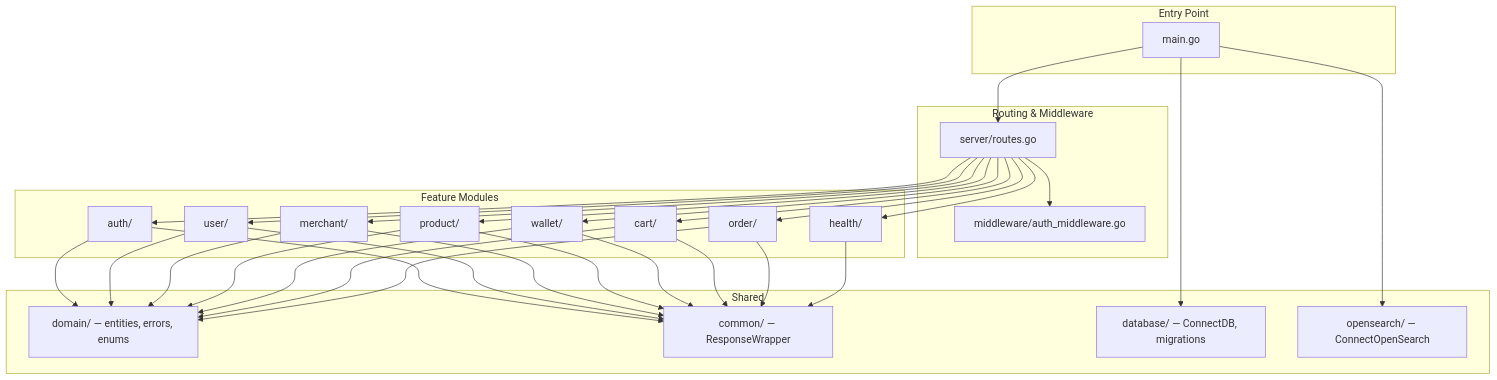
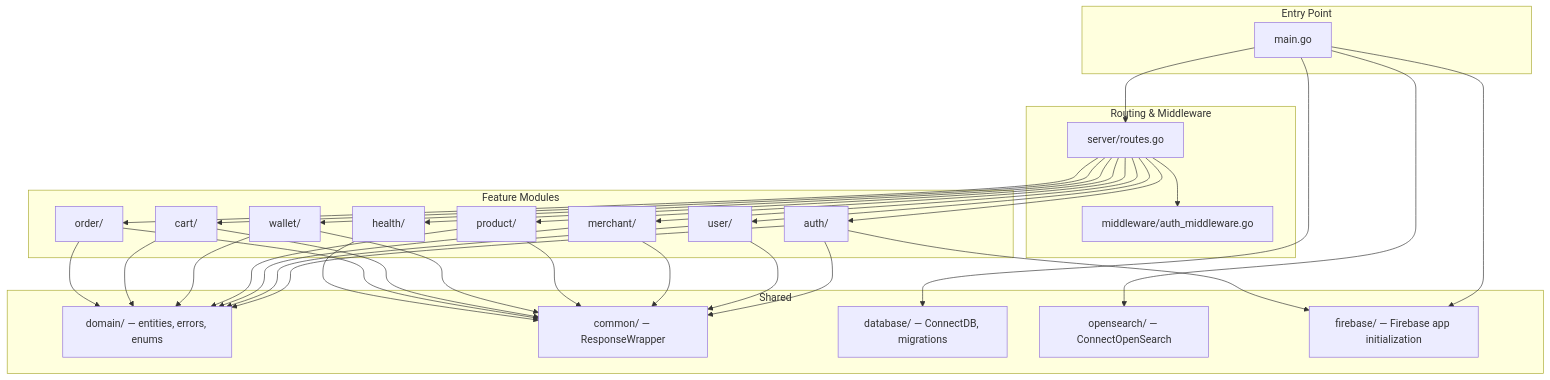
One commit to denden-dr/go-marketplace changed the first of 2 diagrams in docs/details.md. Above: the diagram before and after it, drawn with Mermaid. The commit also changed other lines of this file and 4 other files, not shown here.

````diff
--- a/docs/details.md
+++ b/docs/details.md
@@ -69,36 +70,38 @@
 ```mermaid
 graph TD
     subgraph "Entry Point"
         MAIN["main.go"]
     end
 
     subgraph "Routing & Middleware"
         ROUTER["server/routes.go"]
         MW["middleware/auth_middleware.go"]
     end
 
     subgraph "Feature Modules"
         AUTH["auth/"]
         USER["user/"]
         MERCH["merchant/"]
         PROD["product/"]
         WALLET["wallet/"]
         CART["cart/"]
         ORDER["order/"]
         HEALTH["health/"]
     end
 
     subgraph "Shared"
         DOMAIN["domain/ — entities, errors, enums"]
         COMMON["common/ — ResponseWrapper"]
         DB["database/ — ConnectDB, migrations"]
         OS["opensearch/ — ConnectOpenSearch"]
+        FB["firebase/ — Firebase app initialization"]
     end
 
     MAIN --> ROUTER
     ROUTER --> MW
     ROUTER --> AUTH & USER & MERCH & PROD & WALLET & CART & ORDER & HEALTH
     AUTH & USER & MERCH & PROD & WALLET & CART & ORDER --> DOMAIN
     AUTH & USER & MERCH & PROD & WALLET & CART & ORDER & HEALTH --> COMMON
-    MAIN --> DB & OS
+    MAIN --> DB & OS & FB
+    AUTH --> FB
 ```
````
